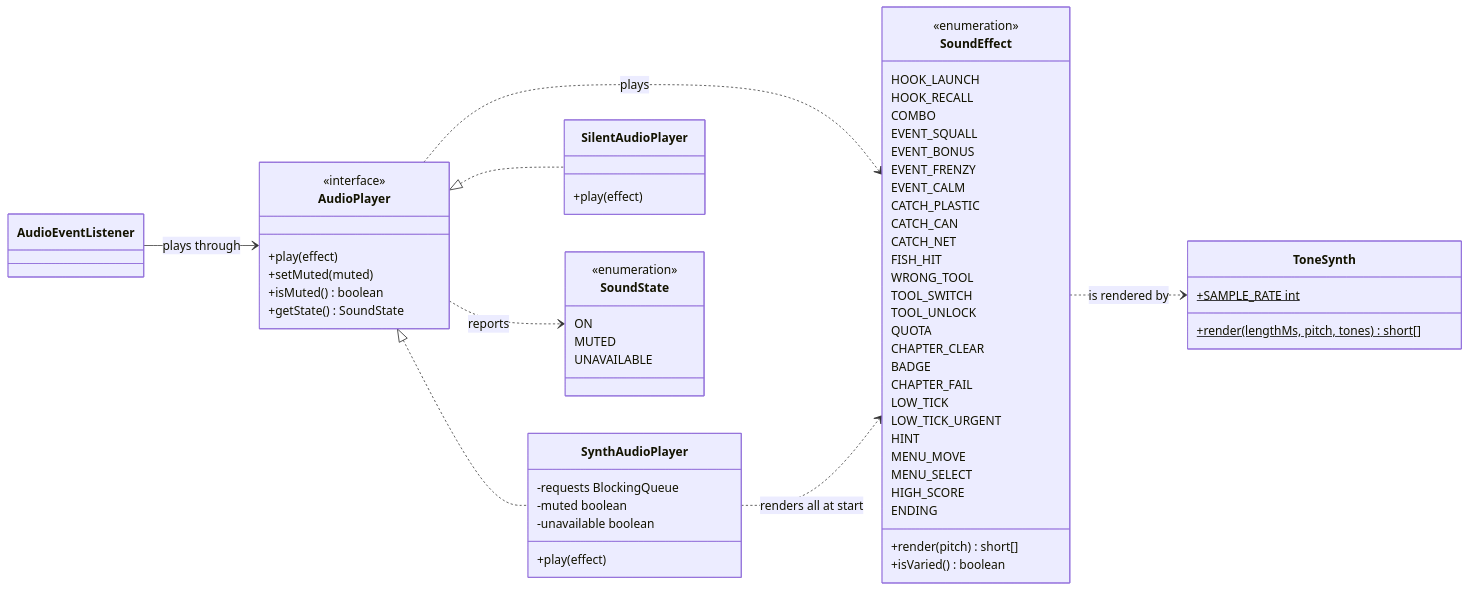
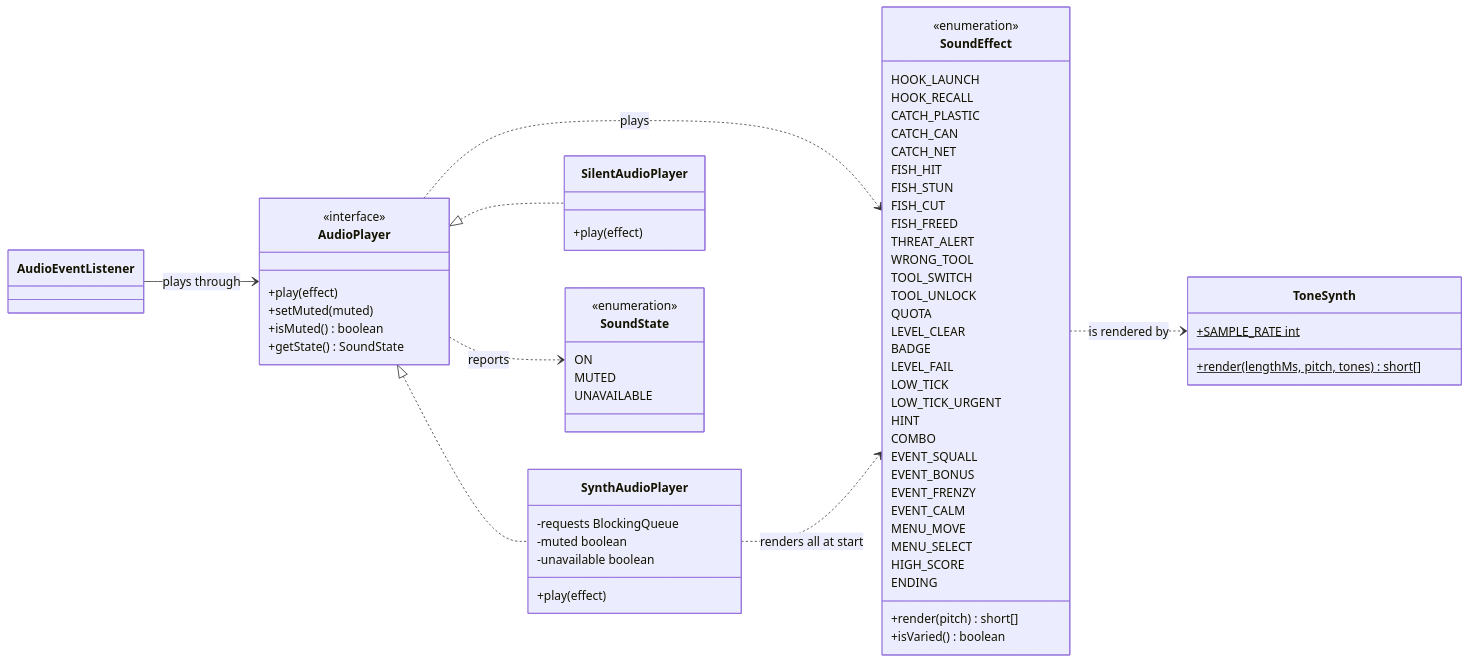
The sixth of 7 diagrams in docs/class-diagram.md (NJJAV33/Fish2trash), drawn with Mermaid before and after one commit. The commit also changed other lines of this file and 42 other files, not shown here.

````diff
--- a/docs/class-diagram.md
+++ b/docs/class-diagram.md
@@ -964,76 +989,80 @@
 ```mermaid
 classDiagram
     direction LR
 
     class SoundEffect {
         <<enumeration>>
         HOOK_LAUNCH
         HOOK_RECALL
+        CATCH_PLASTIC
+        CATCH_CAN
+        CATCH_NET
+        FISH_HIT
+        FISH_STUN
+        FISH_CUT
+        FISH_FREED
+        THREAT_ALERT
+        WRONG_TOOL
+        TOOL_SWITCH
+        TOOL_UNLOCK
+        QUOTA
+        LEVEL_CLEAR
+        BADGE
+        LEVEL_FAIL
+        LOW_TICK
+        LOW_TICK_URGENT
+        HINT
         COMBO
         EVENT_SQUALL
         EVENT_BONUS
         EVENT_FRENZY
         EVENT_CALM
-        CATCH_PLASTIC
-        CATCH_CAN
-        CATCH_NET
-        FISH_HIT
-        WRONG_TOOL
-        TOOL_SWITCH
-        TOOL_UNLOCK
-        QUOTA
-        CHAPTER_CLEAR
-        BADGE
-        CHAPTER_FAIL
-        LOW_TICK
-        LOW_TICK_URGENT
-        HINT
         MENU_MOVE
         MENU_SELECT
         HIGH_SCORE
         ENDING
         +render(pitch) short[]
         +isVaried() boolean
     }
 
     class ToneSynth {
         +SAMPLE_RATE int$
         +render(lengthMs, pitch, tones)$ short[]
     }
 
     class AudioPlayer {
         <<interface>>
         +play(effect)
         +setMuted(muted)
         +isMuted() boolean
         +getState() SoundState
     }
 
     class SynthAudioPlayer {
         -requests BlockingQueue
         -muted boolean
         -unavailable boolean
         +play(effect)
     }
 
     class SilentAudioPlayer {
         +play(effect)
     }
 
     class AudioEventListener
 
     class SoundState {
         <<enumeration>>
         ON
         MUTED
         UNAVAILABLE
     }
 
     SoundEffect ..> ToneSynth : is rendered by
     AudioPlayer <|.. SynthAudioPlayer
     AudioPlayer <|.. SilentAudioPlayer
     AudioPlayer ..> SoundEffect : plays
     AudioPlayer ..> SoundState : reports
     AudioEventListener --> AudioPlayer : plays through
     SynthAudioPlayer ..> SoundEffect : renders all at start
 ```
````
